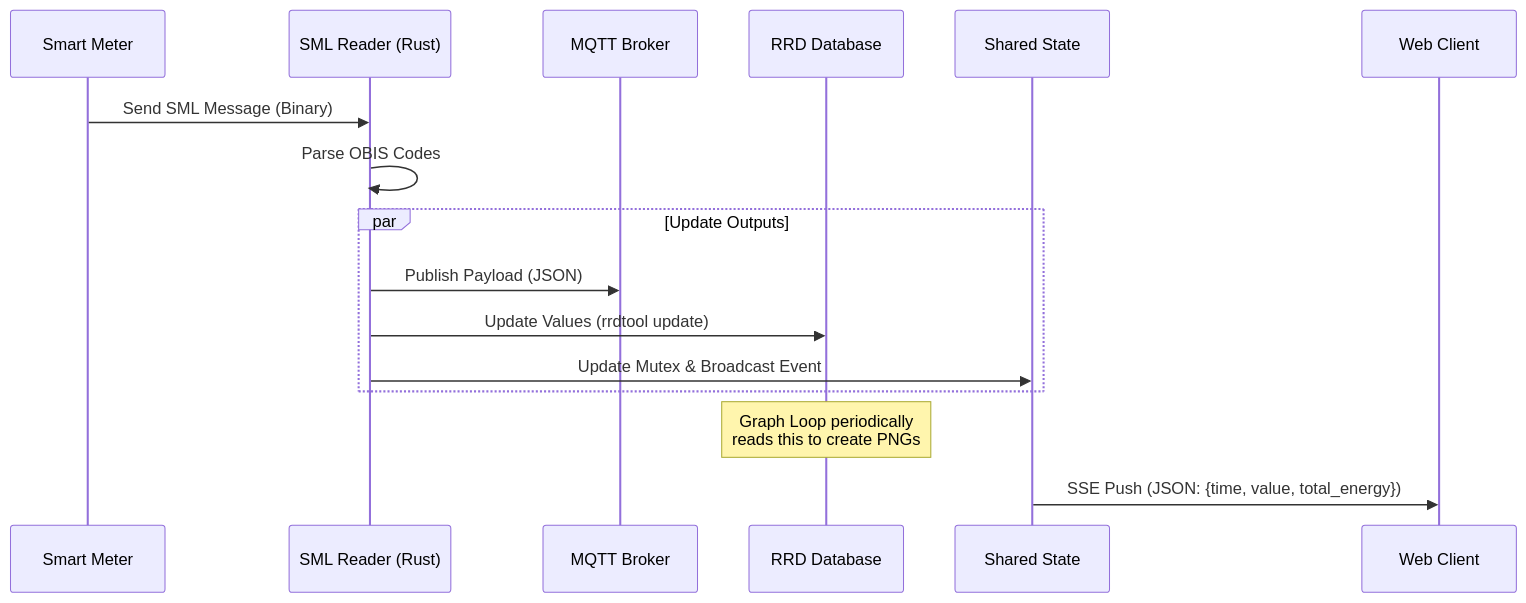
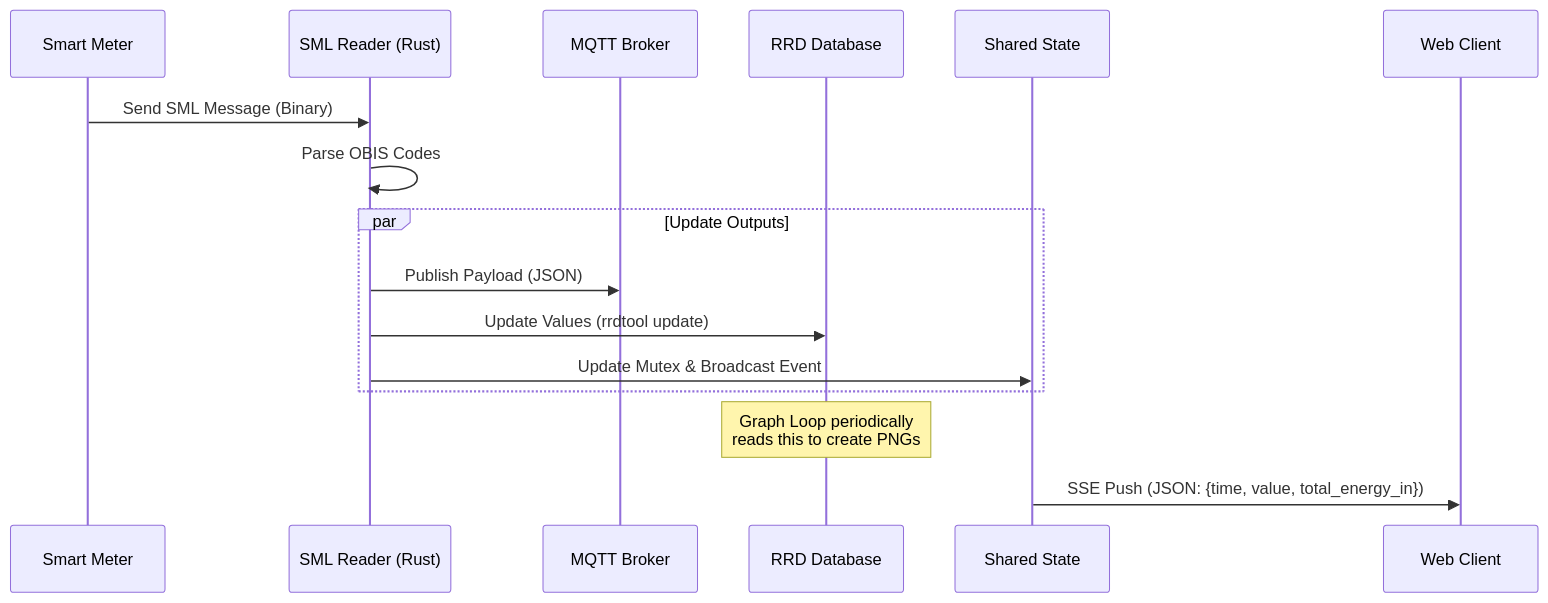
The diagram in doc/architecture.md (josef109/sml_rust), drawn with Mermaid before and after one commit. The commit also changed 13 other files, not shown here.

Commit message:
rework live graph

````diff
--- a/doc/architecture.md
+++ b/doc/architecture.md
@@ -32,22 +32,22 @@
 ```mermaid
 sequenceDiagram
     participant Meter as Smart Meter
     participant Reader as SML Reader (Rust)
     participant MQTT as MQTT Broker
     participant RRD as RRD Database
     participant State as Shared State
     participant Web as Web Client
 
     Meter->>Reader: Send SML Message (Binary)
     Reader->>Reader: Parse OBIS Codes
     
     par Update Outputs
         Reader->>MQTT: Publish Payload (JSON)
         Reader->>RRD: Update Values (rrdtool update)
         Reader->>State: Update Mutex & Broadcast Event
     end
 
     Note over RRD: Graph Loop periodically<br/>reads this to create PNGs
 
-    State->>Web: SSE Push (JSON: {time, value, total_energy})
+    State->>Web: SSE Push (JSON: {time, value, total_energy_in})
  ```   
````
